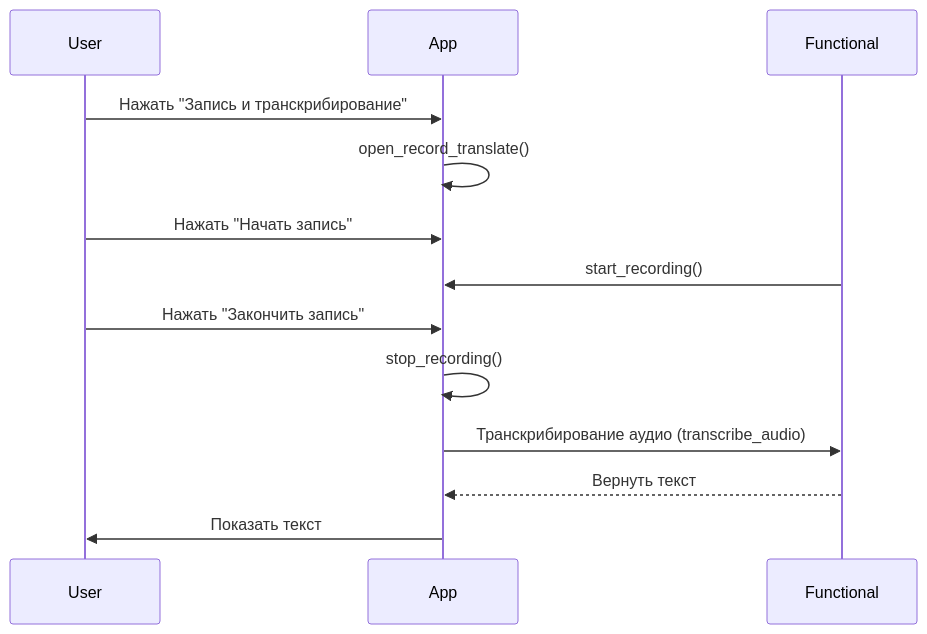
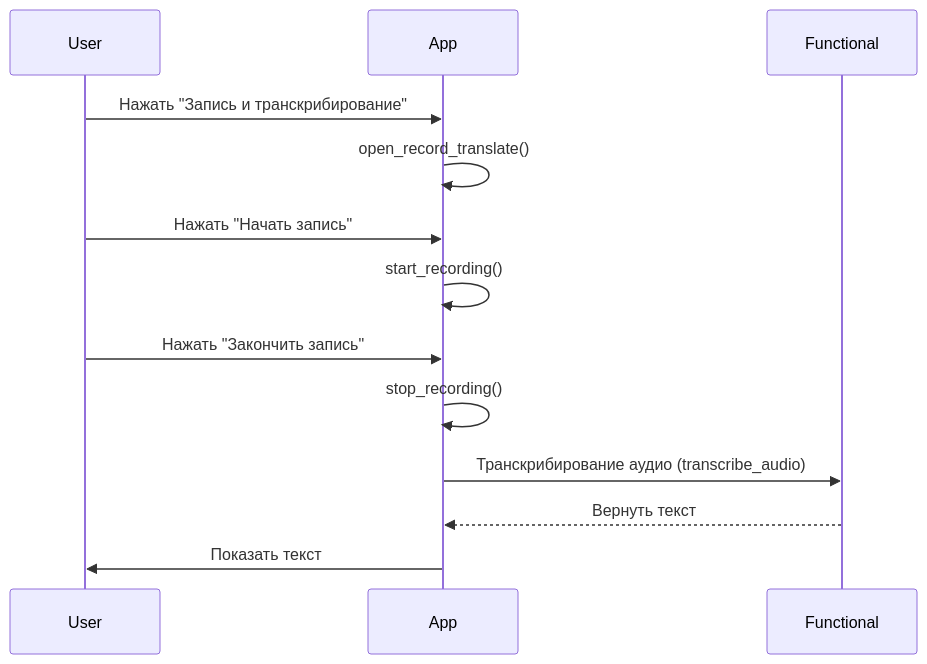
Before and after one commit to Retnug228/Lab3Orpo: the fourth of 6 diagrams in docs/behavior.md, drawn with Mermaid.

````diff
--- a/docs/behavior.md
+++ b/docs/behavior.md
@@ -81,16 +81,16 @@
 ```mermaid
 sequenceDiagram
     participant User
     participant App
     participant Functional
     
     User ->> App: Нажать "Запись и транскрибирование"
     App ->> App: open_record_translate()
     User ->> App: Нажать "Начать запись"
-    Functional ->> App: start_recording()
+    App ->> App: start_recording()
     User ->> App: Нажать "Закончить запись"
     App ->> App: stop_recording()
     App ->> Functional: Транскрибирование аудио (transcribe_audio)
     Functional -->> App: Вернуть текст
     App ->> User: Показать текст
 ```
````
